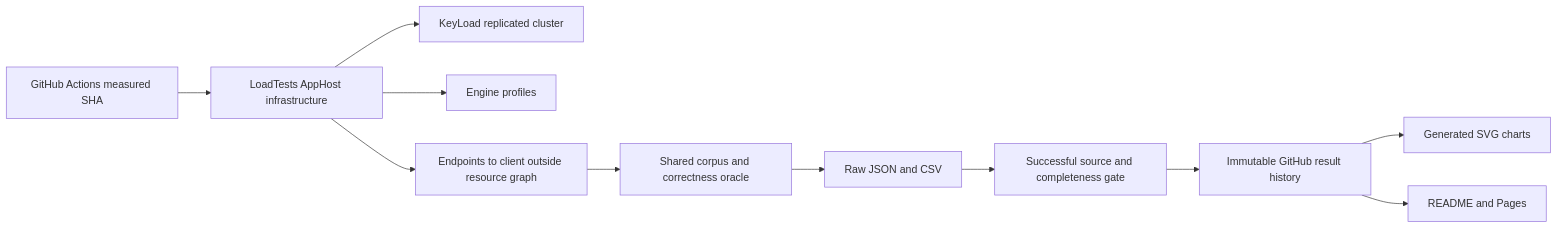
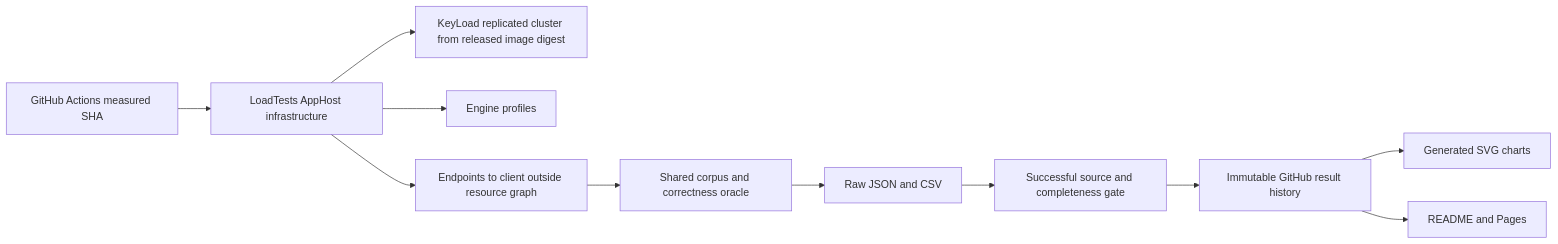
One commit to managedcode/KeyLoad changed the second of 11 diagrams in docs/Features/BenchmarkComparisons.md. Above: the diagram before and after it, drawn with Mermaid. The commit also changed other lines of this file and 32 other files, not shown here.

````diff
--- a/docs/Features/BenchmarkComparisons.md
+++ b/docs/Features/BenchmarkComparisons.md
@@ -140,13 +158,13 @@
 ```mermaid
 flowchart LR
     CI[GitHub Actions measured SHA] --> Aspire[LoadTests AppHost infrastructure]
-    Aspire --> KeyLoad[KeyLoad replicated cluster]
+    Aspire --> KeyLoad[KeyLoad replicated cluster from released image digest]
     Aspire --> Engines[Engine profiles]
     Aspire --> Runner[Endpoints to client outside resource graph]
     Runner --> Oracle[Shared corpus and correctness oracle]
     Oracle --> JSON[Raw JSON and CSV]
     JSON --> Gate[Successful source and completeness gate]
     Gate --> History[Immutable GitHub result history]
     History --> Charts[Generated SVG charts]
     History --> Site[README and Pages]
 ```
````
